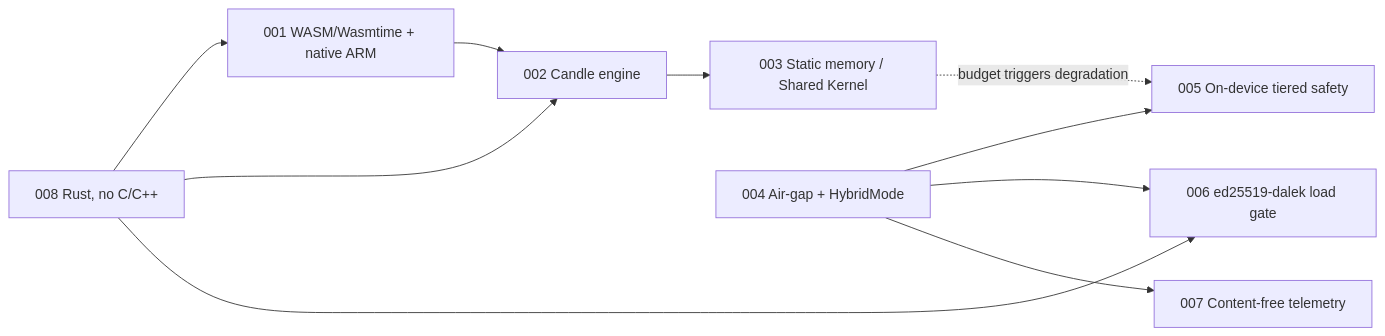
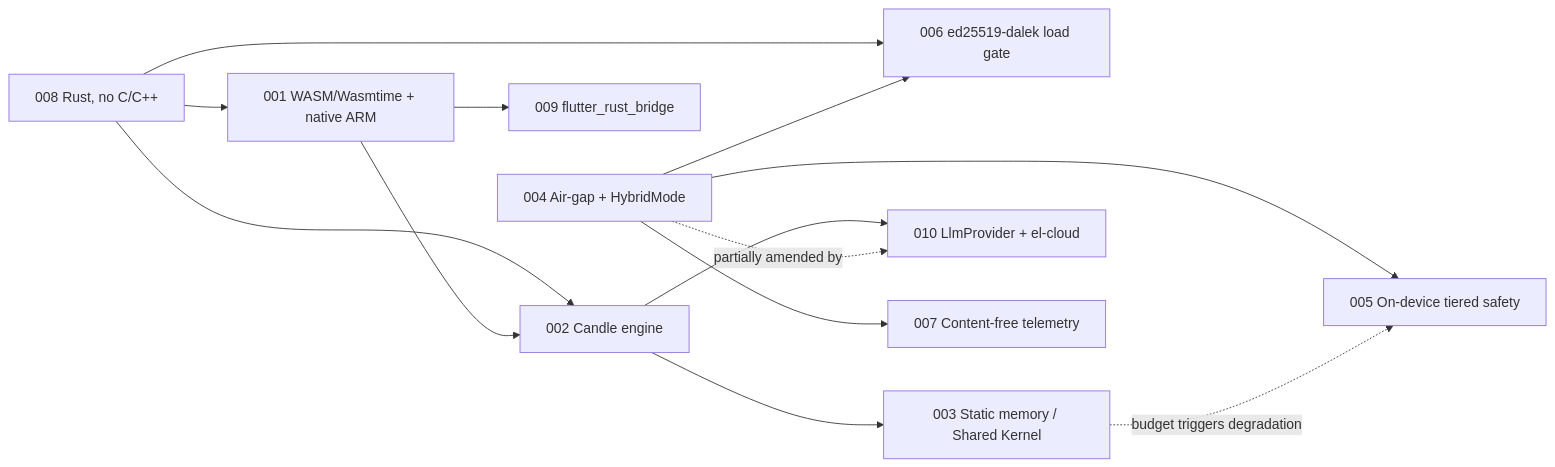
The diagram in docs/adr/README.md (Tovli/EdgeIntelligence), drawn with Mermaid before and after one commit. The commit also changed other lines of this file and 33 other files, not shown here.

````diff
--- a/docs/adr/README.md
+++ b/docs/adr/README.md
@@ -22,12 +24,15 @@
 ```mermaid
 flowchart LR
     A008[008 Rust, no C/C++] --> A001[001 WASM/Wasmtime + native ARM]
     A008 --> A002[002 Candle engine]
     A008 --> A006[006 ed25519-dalek load gate]
     A001 --> A002
+    A001 --> A009[009 flutter_rust_bridge]
     A002 --> A003[003 Static memory / Shared Kernel]
+    A002 --> A010[010 LlmProvider + el-cloud]
     A004[004 Air-gap + HybridMode] --> A005[005 On-device tiered safety]
     A004 --> A006
     A004 --> A007[007 Content-free telemetry]
+    A004 -. partially amended by .-> A010
     A003 -. budget triggers degradation .-> A005
 ```
````
